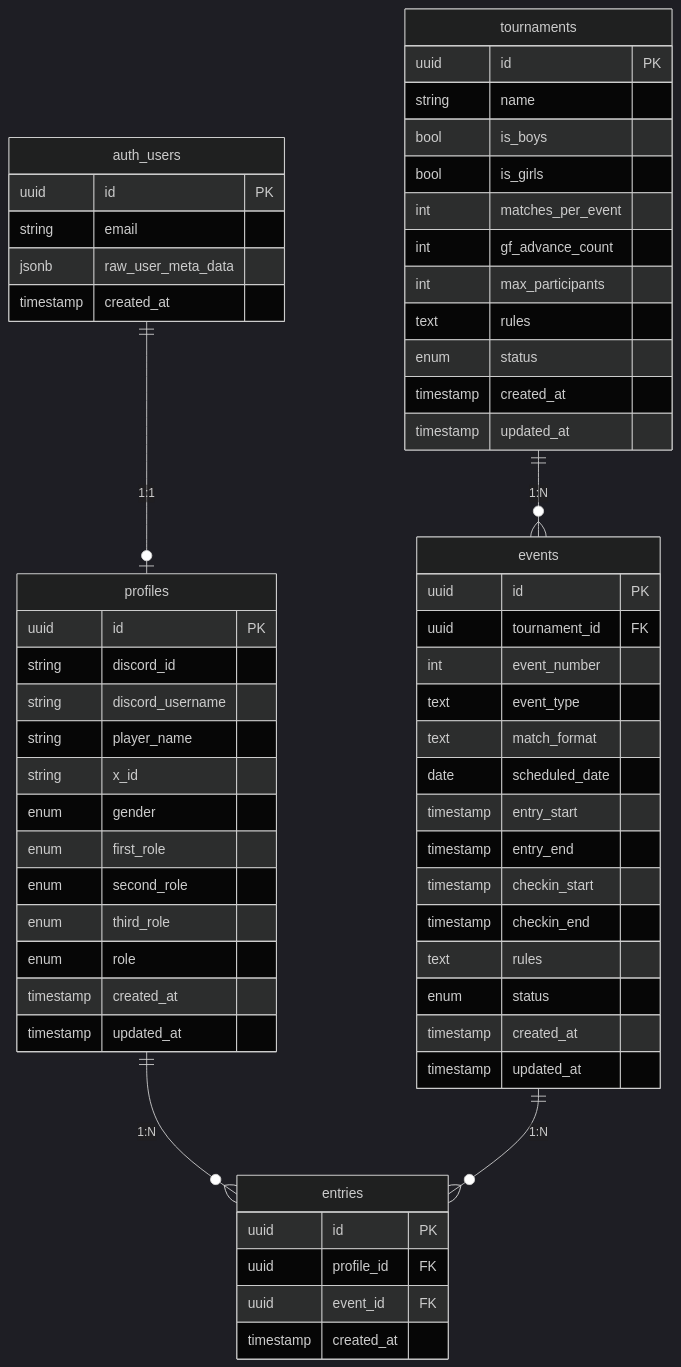
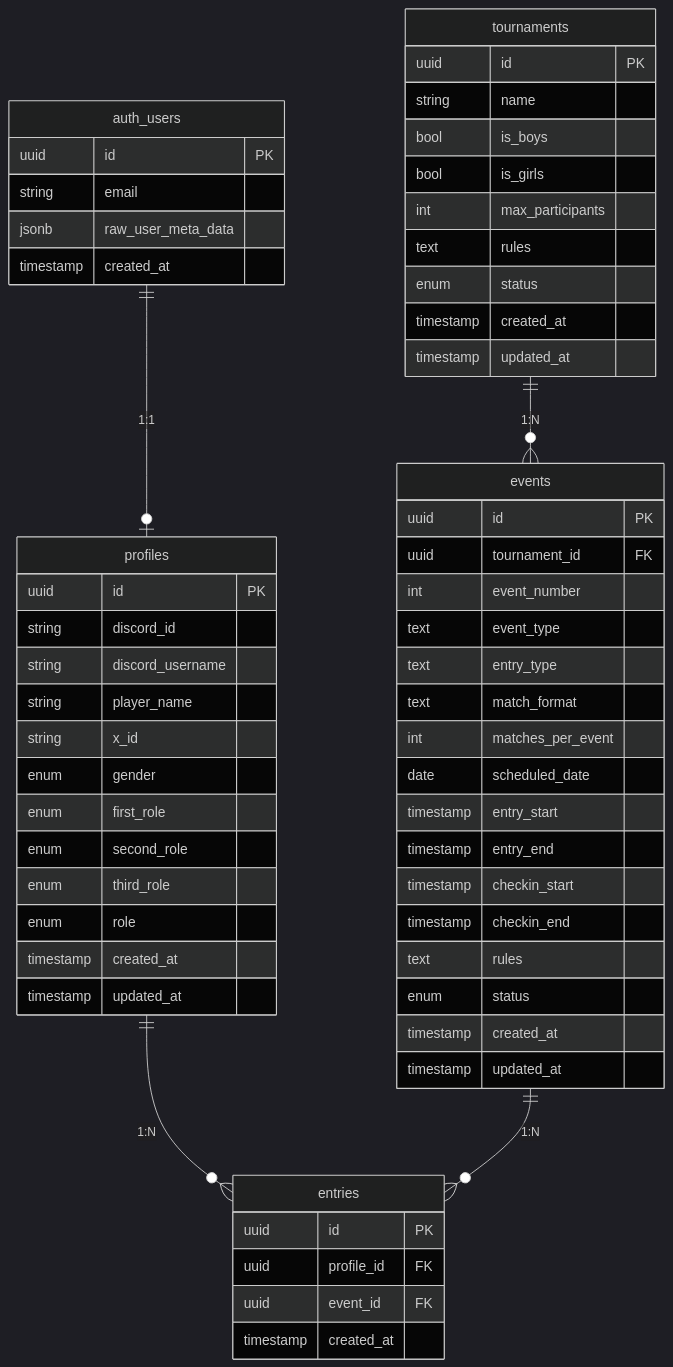
Before and after one commit to juv-shun/JiroRimi: the diagram in docs/database_design.md, drawn with Mermaid (dark theme). The commit also changed other lines of this file, not shown here.

````diff
--- a/docs/database_design.md
+++ b/docs/database_design.md
@@ -9,67 +9,67 @@
 ```mermaid
 erDiagram
     auth_users ||--o| profiles : "1:1"
     profiles ||--o{ entries : "1:N"
     tournaments ||--o{ events : "1:N"
     events ||--o{ entries : "1:N"
 
     auth_users {
         uuid id PK
         string email
         jsonb raw_user_meta_data
         timestamp created_at
     }
 
     profiles {
         uuid id PK
         string discord_id
         string discord_username
         string player_name
         string x_id
         enum gender
         enum first_role
         enum second_role
         enum third_role
         enum role
         timestamp created_at
         timestamp updated_at
     }
 
     tournaments {
         uuid id PK
         string name
         bool is_boys
         bool is_girls
-        int matches_per_event
-        int gf_advance_count
         int max_participants
         text rules
         enum status
         timestamp created_at
         timestamp updated_at
     }
 
     events {
         uuid id PK
         uuid tournament_id FK
         int event_number
         text event_type
+        text entry_type
         text match_format
+        int matches_per_event
         date scheduled_date
         timestamp entry_start
         timestamp entry_end
         timestamp checkin_start
         timestamp checkin_end
         text rules
         enum status
         timestamp created_at
         timestamp updated_at
     }
 
     entries {
         uuid id PK
         uuid profile_id FK
         uuid event_id FK
         timestamp created_at
     }
 ```
````
